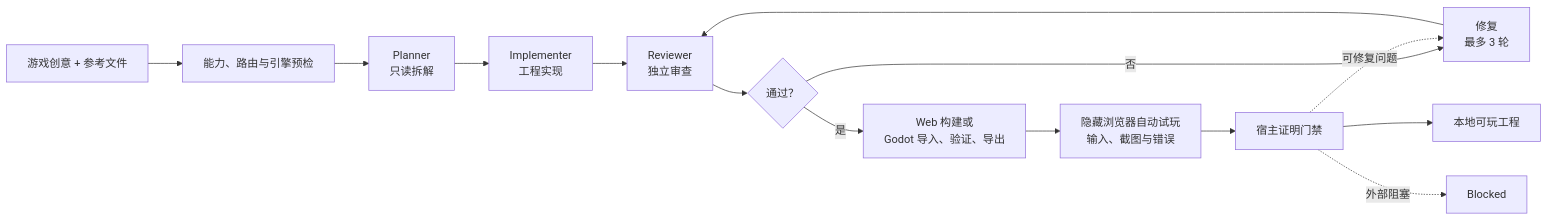
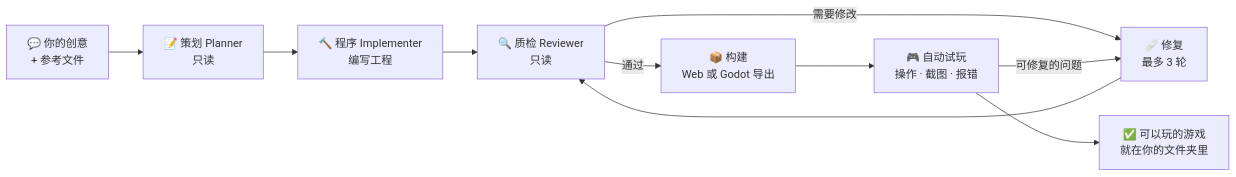
The first of 2 diagrams in README.zh-CN.md (nepheloovo/Kapy.ai), drawn with Mermaid before and after one commit. The commit also changed other lines of this file and 60 other files, not shown here.

````diff
--- a/README.zh-CN.md
+++ b/README.zh-CN.md
@@ -73,16 +120,12 @@
 ```mermaid
 flowchart LR
-    Idea["游戏创意 + 参考文件"] --> Preflight["能力、路由与引擎预检"]
-    Preflight --> Plan["Planner<br/>只读拆解"]
-    Plan --> Build["Implementer<br/>工程实现"]
-    Build --> Review["Reviewer<br/>独立审查"]
-    Review --> Pass{"通过？"}
-    Pass -- "否" --> Repair["修复<br/>最多 3 轮"]
+    Idea["💬 你的创意<br/>+ 参考文件"] --> Plan["📝 策划 Planner<br/>只读"]
+    Plan --> Build["🔨 程序 Implementer<br/>编写工程"]
+    Build --> Review["🔍 质检 Reviewer<br/>只读"]
+    Review -->|需要修改| Repair["🩹 修复<br/>最多 3 轮"]
     Repair --> Review
-    Pass -- "是" --> EngineBuild["Web 构建或<br/>Godot 导入、验证、导出"]
-    EngineBuild --> Playtest["隐藏浏览器自动试玩<br/>输入、截图与错误"]
-    Playtest --> Gate["宿主证明门禁"]
-    Gate -. "可修复问题" .-> Repair
-    Gate --> Done["本地可玩工程"]
-    Gate -. "外部阻塞" .-> Blocked["Blocked"]
+    Review -->|通过| Ship["📦 构建<br/>Web 或 Godot 导出"]
+    Ship --> Play["🎮 自动试玩<br/>操作 · 截图 · 报错"]
+    Play -->|可修复的问题| Repair
+    Play --> Done["✅ 可以玩的游戏<br/>就在你的文件夹里"]
 ```
````
